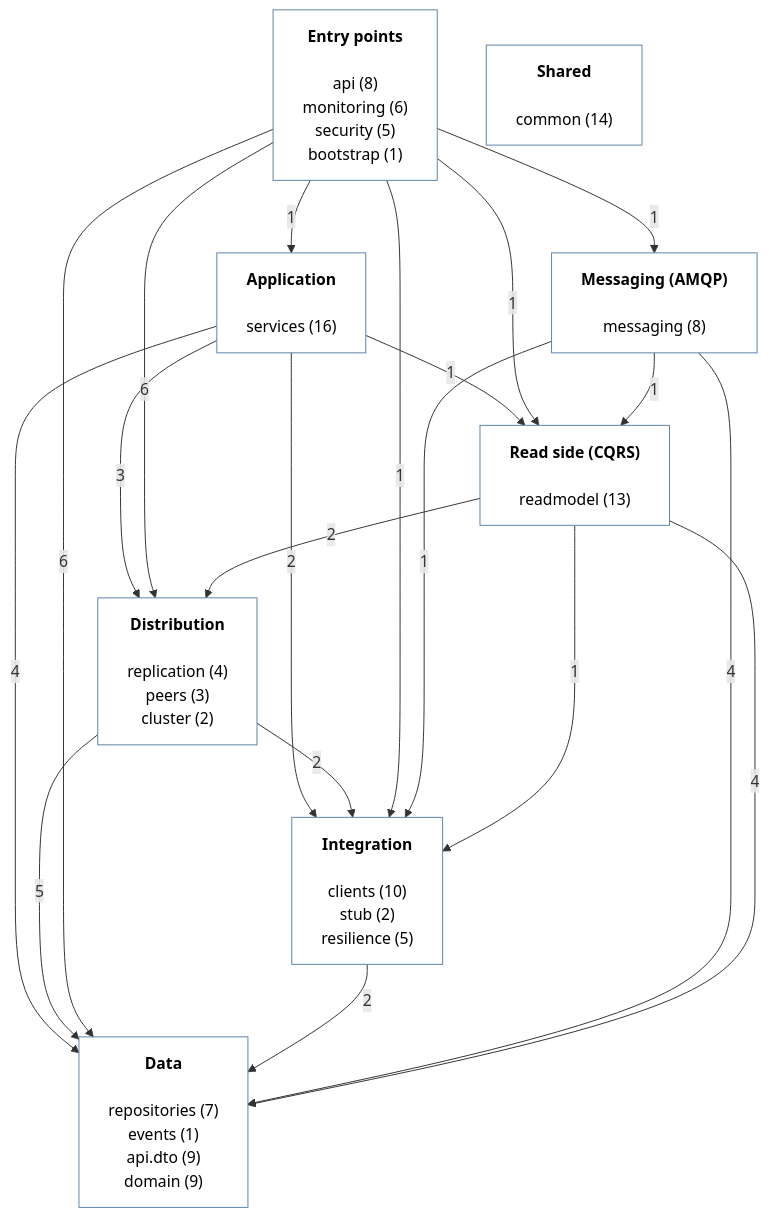
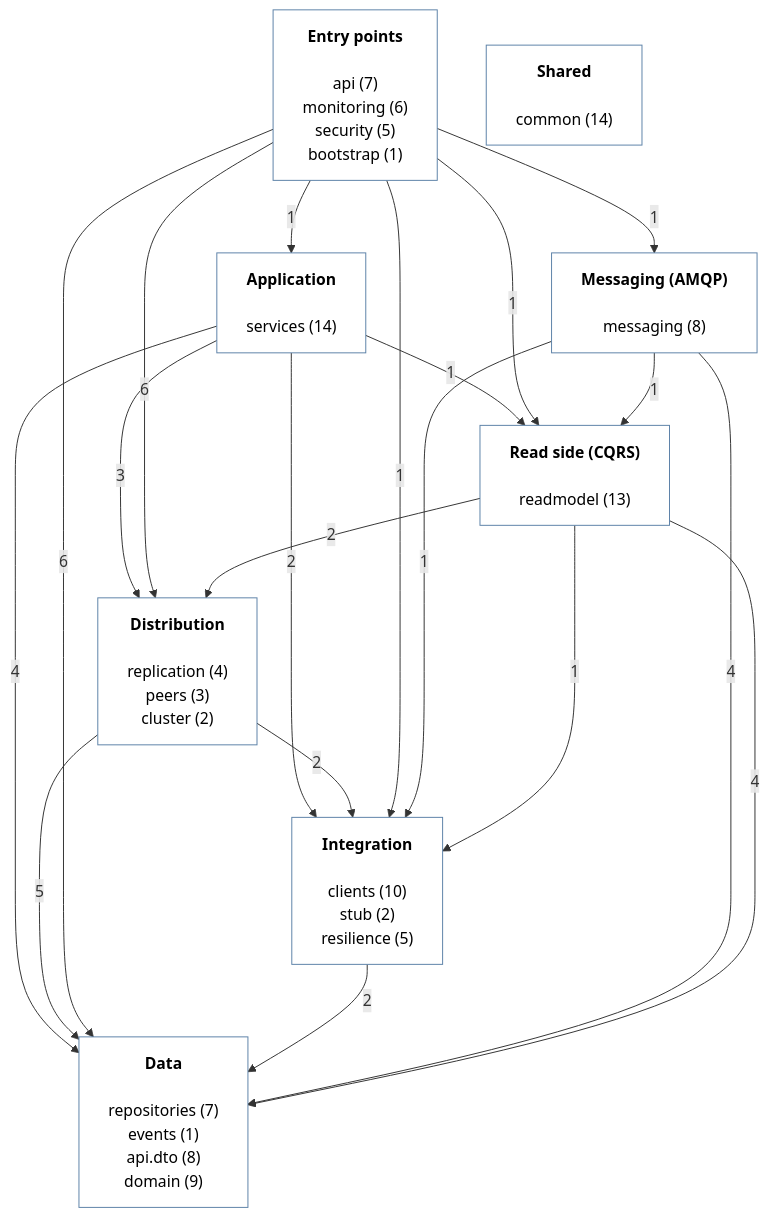
The diagram in docs/c4/7-development-view.mmd (ImJay1527/flight-operations-service), drawn with Mermaid before and after one commit. The commit also changed 30 other files, not shown here.

```diff
--- a/docs/c4/7-development-view.mmd
+++ b/docs/c4/7-development-view.mmd
@@ -1,36 +1,36 @@
 ---
 config:
   fontFamily: arial
 ---
 %% Development view (4+1): package groups of pt.isep.sidis.flightops and how they depend on each other.
 %% Generated by scripts/generate-development-view.py from the import statements - do not edit by hand.
 flowchart TB
-    G0["<b>Entry points</b><br/><br/>api (8)<br/>monitoring (6)<br/>security (5)<br/>bootstrap (1)"]
-    G1["<b>Application</b><br/><br/>services (16)"]
+    G0["<b>Entry points</b><br/><br/>api (7)<br/>monitoring (6)<br/>security (5)<br/>bootstrap (1)"]
+    G1["<b>Application</b><br/><br/>services (14)"]
     G2["<b>Messaging (AMQP)</b><br/><br/>messaging (8)"]
     G3["<b>Read side (CQRS)</b><br/><br/>readmodel (13)"]
     G4["<b>Distribution</b><br/><br/>replication (4)<br/>peers (3)<br/>cluster (2)"]
     G5["<b>Integration</b><br/><br/>clients (10)<br/>stub (2)<br/>resilience (5)"]
-    G6["<b>Data</b><br/><br/>repositories (7)<br/>events (1)<br/>api.dto (9)<br/>domain (9)"]
+    G6["<b>Data</b><br/><br/>repositories (7)<br/>events (1)<br/>api.dto (8)<br/>domain (9)"]
     G7["<b>Shared</b><br/><br/>common (14)"]
     G1 -->|"4"| G6
     G1 -->|"3"| G4
     G1 -->|"2"| G5
     G1 -->|"1"| G3
     G4 -->|"5"| G6
     G4 -->|"2"| G5
     G0 -->|"1"| G1
     G0 -->|"6"| G6
     G0 -->|"6"| G4
     G0 -->|"1"| G5
     G0 -->|"1"| G2
     G0 -->|"1"| G3
     G5 -->|"2"| G6
     G2 -->|"4"| G6
     G2 -->|"1"| G5
     G2 -->|"1"| G3
     G3 -->|"4"| G6
     G3 -->|"2"| G4
     G3 -->|"1"| G5
     classDef group fill:#ffffff,stroke:#5d82a8,color:#000000
     class G0,G1,G2,G3,G4,G5,G6,G7 group
```
